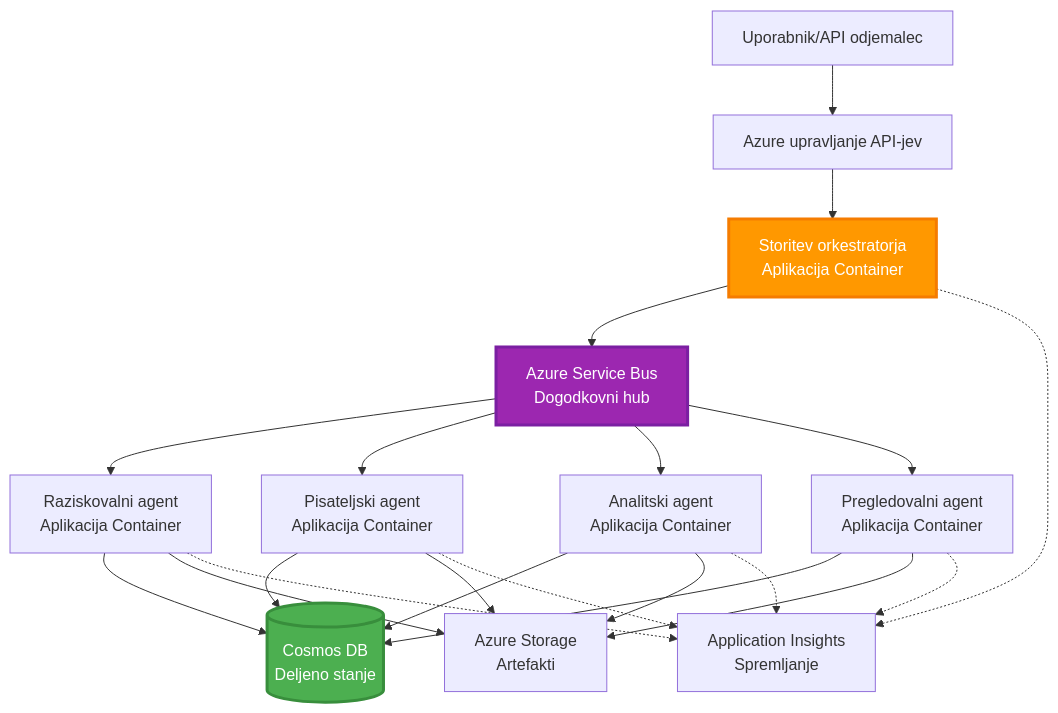
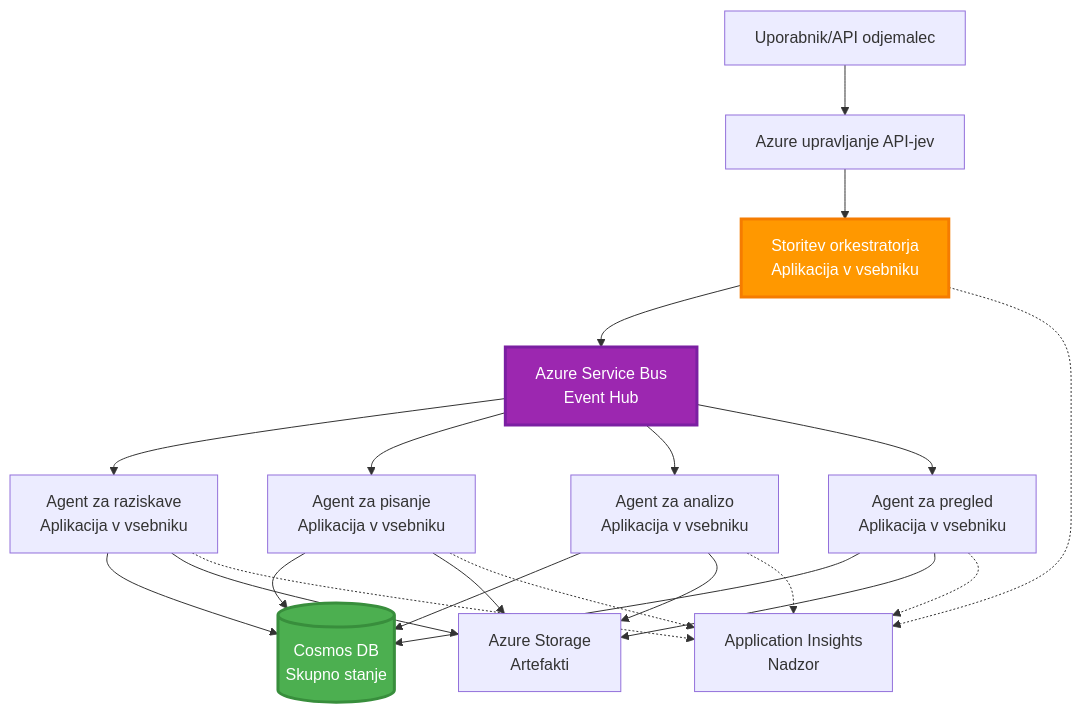
One commit to microsoft/AZD-for-beginners changed the sixth of 6 diagrams in translations/sl/docs/chapter-06-pre-deployment/coordination-patterns.md. Above: the diagram before and after it, drawn with Mermaid. The commit also changed other lines of this file and 101 other files, not shown here.

````diff
--- a/translations/sl/docs/chapter-06-pre-deployment/coordination-patterns.md
+++ b/translations/sl/docs/chapter-06-pre-deployment/coordination-patterns.md
@@ -271,45 +265,45 @@
 ```mermaid
 graph TB
     User[Uporabnik/API odjemalec]
     APIM[Azure upravljanje API-jev]
-    Orchestrator[Storitev orkestratorja<br/>Aplikacija Container]
-    ServiceBus[Azure Service Bus<br/>Dogodkovni hub]
+    Orchestrator[Storitev orkestratorja<br/>Aplikacija v vsebniku]
+    ServiceBus[Azure Service Bus<br/>Event Hub]
     
-    Agent1[Raziskovalni agent<br/>Aplikacija Container]
-    Agent2[Pisateljski agent<br/>Aplikacija Container]
-    Agent3[Analitski agent<br/>Aplikacija Container]
-    Agent4[Pregledovalni agent<br/>Aplikacija Container]
+    Agent1[Agent za raziskave<br/>Aplikacija v vsebniku]
+    Agent2[Agent za pisanje<br/>Aplikacija v vsebniku]
+    Agent3[Agent za analizo<br/>Aplikacija v vsebniku]
+    Agent4[Agent za pregled<br/>Aplikacija v vsebniku]
     
-    CosmosDB[(Cosmos DB<br/>Deljeno stanje)]
+    CosmosDB[(Cosmos DB<br/>Skupno stanje)]
     Storage[Azure Storage<br/>Artefakti]
-    AppInsights[Application Insights<br/>Spremljanje]
+    AppInsights[Application Insights<br/>Nadzor]
     
     User --> APIM
     APIM --> Orchestrator
     
     Orchestrator --> ServiceBus
     ServiceBus --> Agent1
     ServiceBus --> Agent2
     ServiceBus --> Agent3
     ServiceBus --> Agent4
     
     Agent1 --> CosmosDB
     Agent2 --> CosmosDB
     Agent3 --> CosmosDB
     Agent4 --> CosmosDB
     
     Agent1 --> Storage
     Agent2 --> Storage
     Agent3 --> Storage
     Agent4 --> Storage
     
     Orchestrator -.-> AppInsights
     Agent1 -.-> AppInsights
     Agent2 -.-> AppInsights
     Agent3 -.-> AppInsights
     Agent4 -.-> AppInsights
     
     style Orchestrator fill:#FF9800,stroke:#F57C00,stroke-width:3px,color:#fff
     style ServiceBus fill:#9C27B0,stroke:#7B1FA2,stroke-width:3px,color:#fff
     style CosmosDB fill:#4CAF50,stroke:#388E3C,stroke-width:3px,color:#fff
 ```
````
